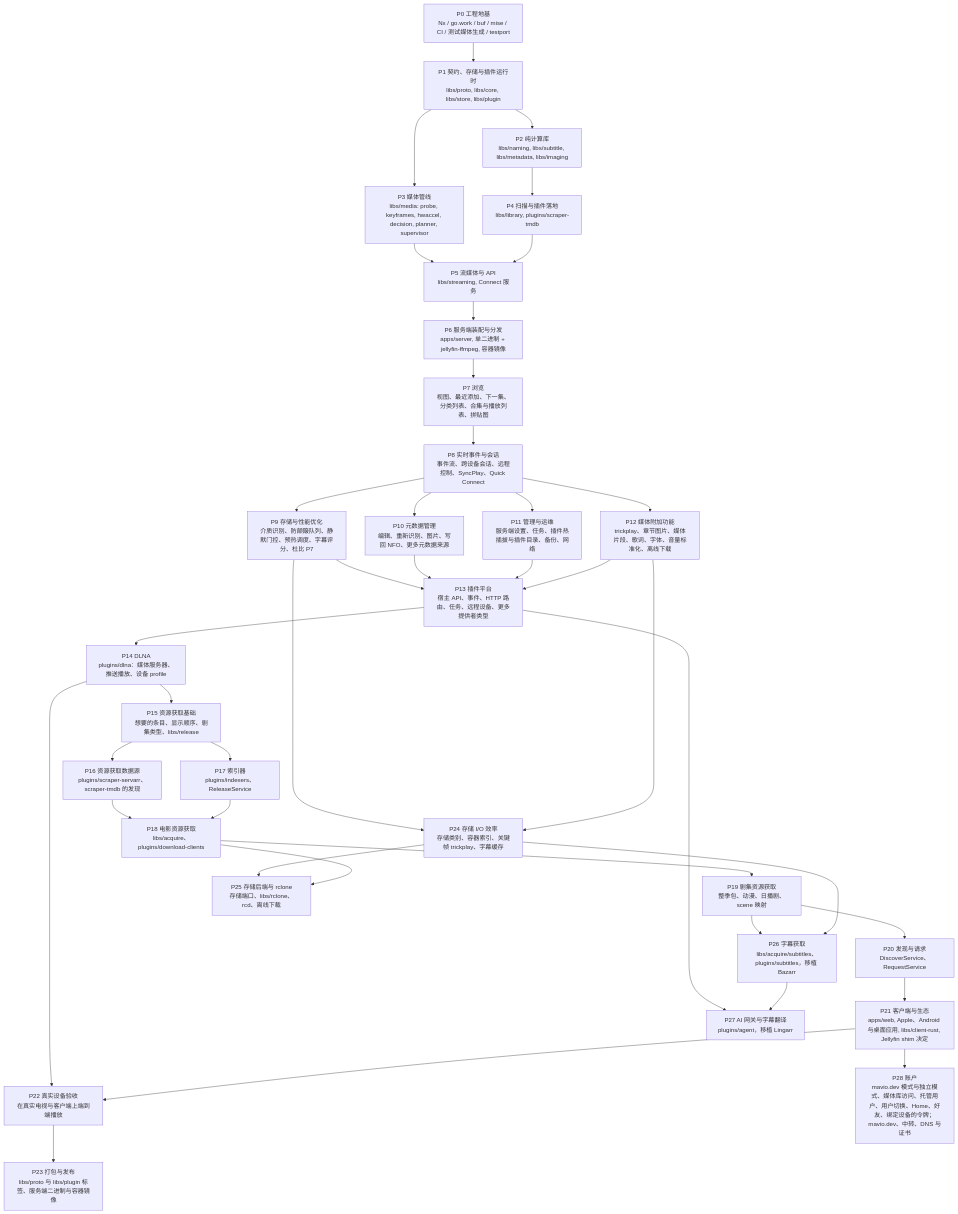
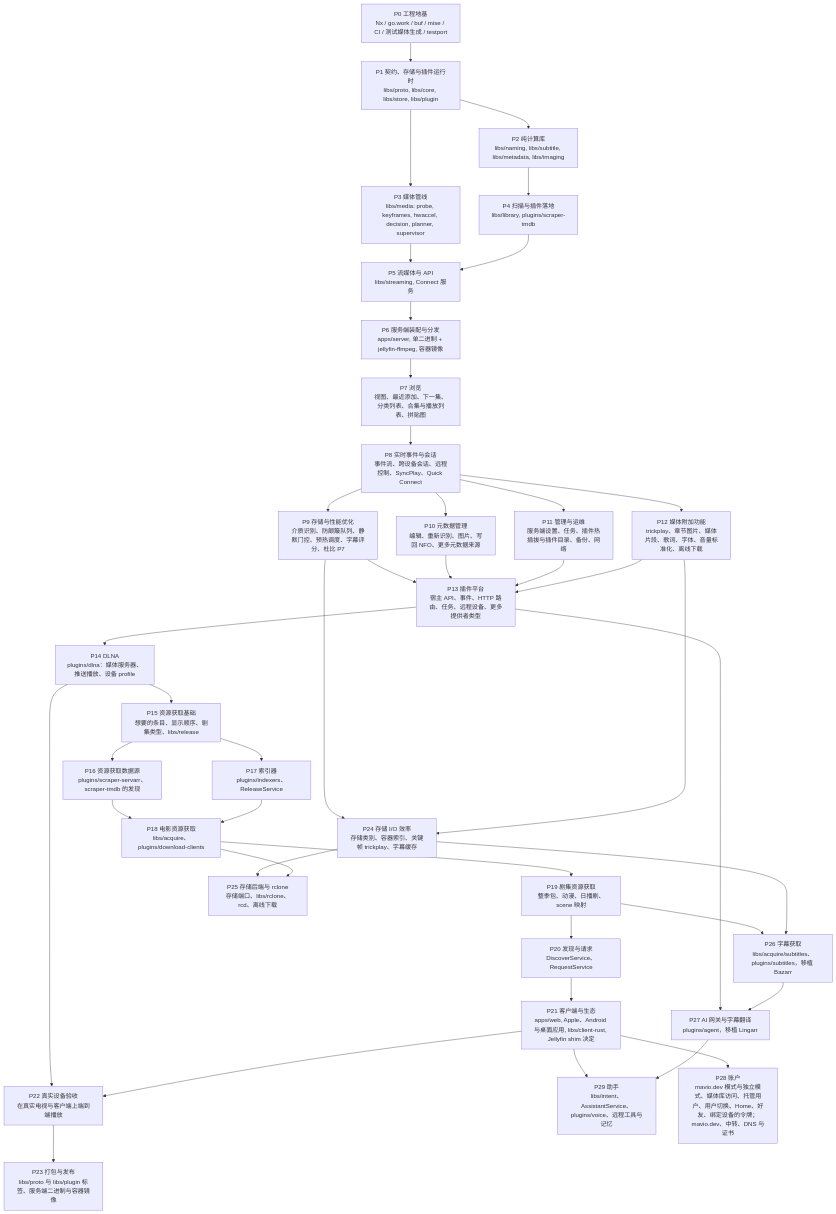
Before and after one commit to mavioai/mavio: the diagram in docs/roadmap.zh-CN.md, drawn with Mermaid. The commit also changed other lines of this file and 13 other files, not shown here.

First line of the commit message:
docs: design the voice assistant

````diff
--- a/docs/roadmap.zh-CN.md
+++ b/docs/roadmap.zh-CN.md
@@ -20,71 +20,74 @@
 ```mermaid
 flowchart TD
     P0["P0 工程地基<br/>Nx / go.work / buf / mise / CI / 测试媒体生成 / testport"]
     P1["P1 契约、存储与插件运行时<br/>libs/proto, libs/core, libs/store, libs/plugin"]
     P2["P2 纯计算库<br/>libs/naming, libs/subtitle, libs/metadata, libs/imaging"]
     P3["P3 媒体管线<br/>libs/media: probe, keyframes, hwaccel, decision, planner, supervisor"]
     P4["P4 扫描与插件落地<br/>libs/library, plugins/scraper-tmdb"]
     P5["P5 流媒体与 API<br/>libs/streaming, Connect 服务"]
     P6["P6 服务端装配与分发<br/>apps/server, 单二进制 + jellyfin-ffmpeg, 容器镜像"]
     P7["P7 浏览<br/>视图、最近添加、下一集、分类列表、合集与播放列表、拼贴图"]
     P8["P8 实时事件与会话<br/>事件流、跨设备会话、远程控制、SyncPlay、Quick Connect"]
     P9["P9 存储与性能优化<br/>介质识别、防颠簸队列、静默门控、预热调度、字幕评分、杜比 P7"]
     P10["P10 元数据管理<br/>编辑、重新识别、图片、写回 NFO、更多元数据来源"]
     P11["P11 管理与运维<br/>服务端设置、任务、插件热插拔与插件目录、备份、网络"]
     P12["P12 媒体附加功能<br/>trickplay、章节图片、媒体片段、歌词、字体、音量标准化、离线下载"]
     P13["P13 插件平台<br/>宿主 API、事件、HTTP 路由、任务、远程设备、更多提供者类型"]
     P14["P14 DLNA<br/>plugins/dlna：媒体服务器、推送播放、设备 profile"]
     P15["P15 资源获取基础<br/>想要的条目、显示顺序、剧集类型、libs/release"]
     P16["P16 资源获取数据源<br/>plugins/scraper-servarr、scraper-tmdb 的发现"]
     P17["P17 索引器<br/>plugins/indexers、ReleaseService"]
     P18["P18 电影资源获取<br/>libs/acquire、plugins/download-clients"]
     P19["P19 剧集资源获取<br/>整季包、动漫、日播剧、scene 映射"]
     P20["P20 发现与请求<br/>DiscoverService、RequestService"]
     P21["P21 客户端与生态<br/>apps/web, Apple、Android 与桌面应用, libs/client-rust, Jellyfin shim 决定"]
     P22["P22 真实设备验收<br/>在真实电视与客户端上端到端播放"]
     P23["P23 打包与发布<br/>libs/proto 与 libs/plugin 标签、服务端二进制与容器镜像"]
     P24["P24 存储 I/O 效率<br/>存储类别、容器索引、关键帧 trickplay、字幕缓存"]
     P25["P25 存储后端与 rclone<br/>存储端口、libs/rclone、rcd、离线下载"]
     P26["P26 字幕获取<br/>libs/acquire/subtitles、plugins/subtitles，移植 Bazarr"]
     P27["P27 AI 网关与字幕翻译<br/>plugins/agent，移植 Lingarr"]
+    P29["P29 助手<br/>libs/intent、AssistantService、plugins/voice、远程工具与记忆"]
     P28["P28 账户<br/>mavio.dev 模式与独立模式、媒体库访问、托管用户、用户切换、Home、好友、绑定设备的令牌；mavio.dev、中转、DNS 与证书"]
 
     P0 --> P1
     P1 --> P2
     P1 --> P3
     P2 --> P4
     P3 --> P5
     P4 --> P5
     P5 --> P6
     P6 --> P7
     P7 --> P8
     P8 --> P9
     P8 --> P10
     P8 --> P11
     P8 --> P12
     P9 --> P13
     P10 --> P13
     P11 --> P13
     P12 --> P13
     P13 --> P14
     P14 --> P15
     P15 --> P16
     P15 --> P17
     P16 --> P18
     P17 --> P18
     P18 --> P19
     P19 --> P20
     P20 --> P21
     P14 --> P22
     P21 --> P22
     P22 --> P23
     P9 --> P24
     P12 --> P24
     P24 --> P25
     P18 --> P25
     P19 --> P26
     P24 --> P26
     P13 --> P27
     P26 --> P27
     P21 --> P28
+    P21 --> P29
+    P27 --> P29
 ```
````
